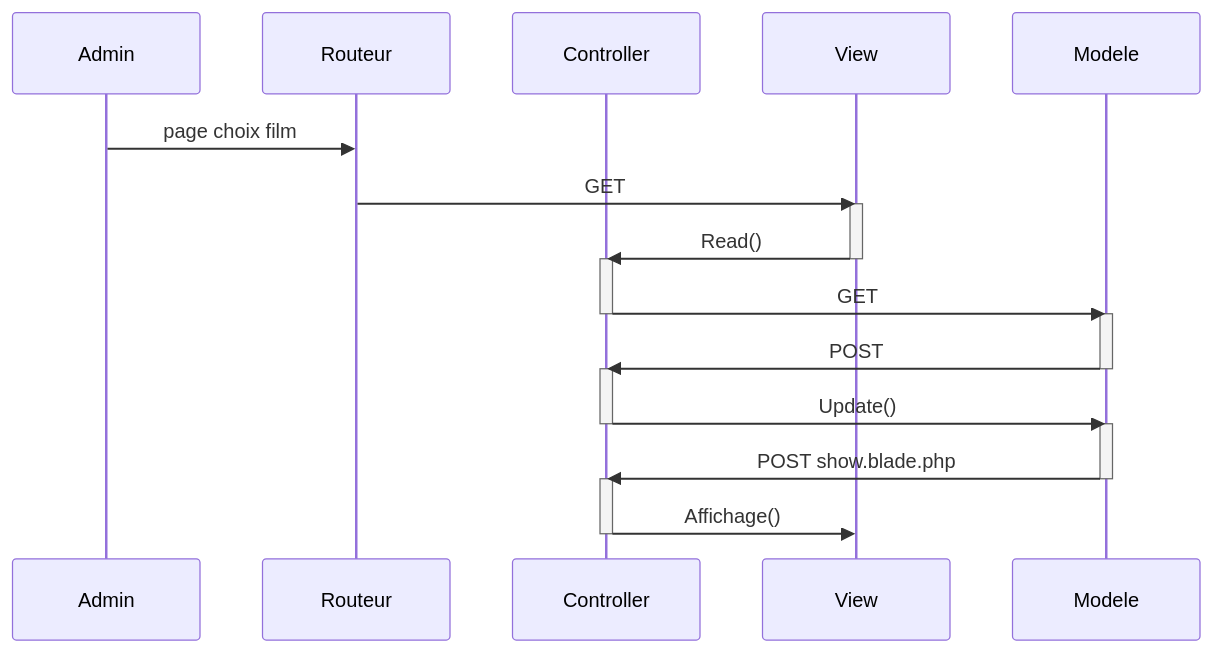
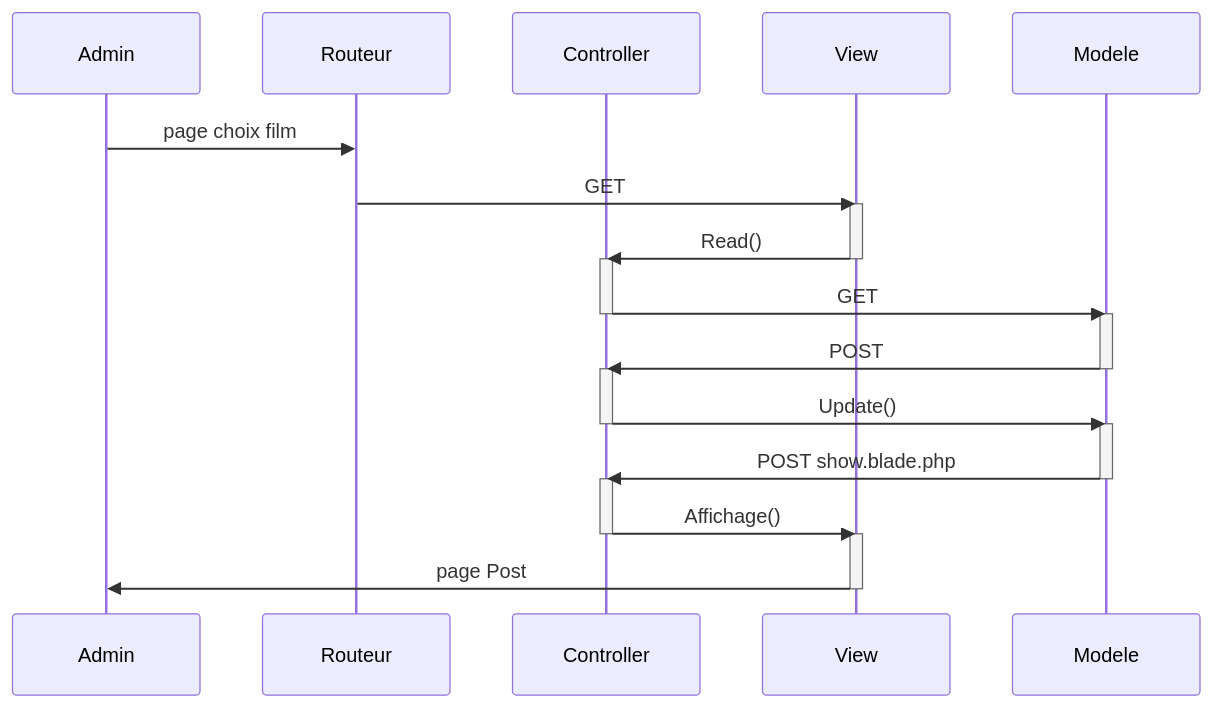
Before and after one commit to ggreg-T/sprint-07: the fifth of 5 diagrams in README.md, drawn with Mermaid. The commit also changed other lines of this file, not shown here.

Commit message:
Mise à jour REAME pour le UML

````diff
--- a/README.md
+++ b/README.md
@@ -144,32 +155,35 @@
 ```mermaid
 sequenceDiagram
     participant Admin
     participant Routeur
     participant Controller
     participant View
     participant Modele
 
     Admin->>Routeur : page choix film
     Routeur->>View: GET
-activate View
+    activate View
     View ->>Controller: Read()
     deactivate View
     activate Controller
     Controller->>Modele: GET
-     deactivate Controller
+    deactivate Controller
     activate Modele
     Modele ->> Controller : POST
 
      deactivate Modele
      activate Controller
      Controller->>Modele:Update()
      deactivate Controller
      activate Modele
      Modele ->> Controller : POST show.blade.php
      deactivate Modele
      activate Controller
      Controller ->> View : Affichage()
      deactivate Controller
+     activate View
+     View ->> Admin : page Post
+     deactivate View
 
 
 ```
````
